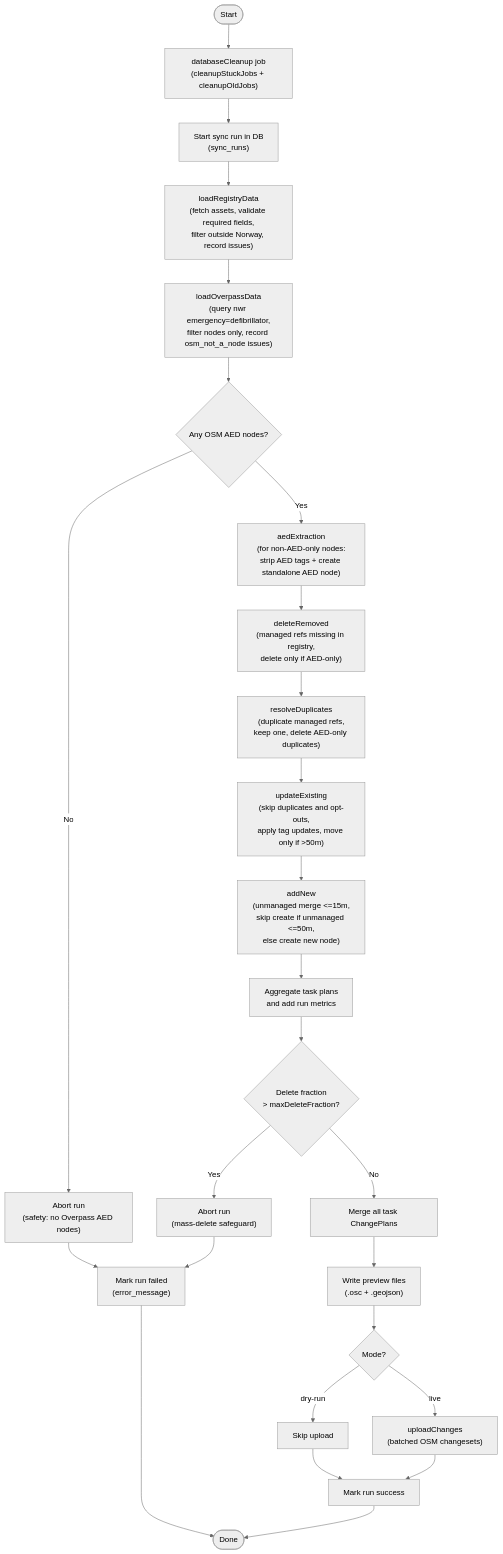
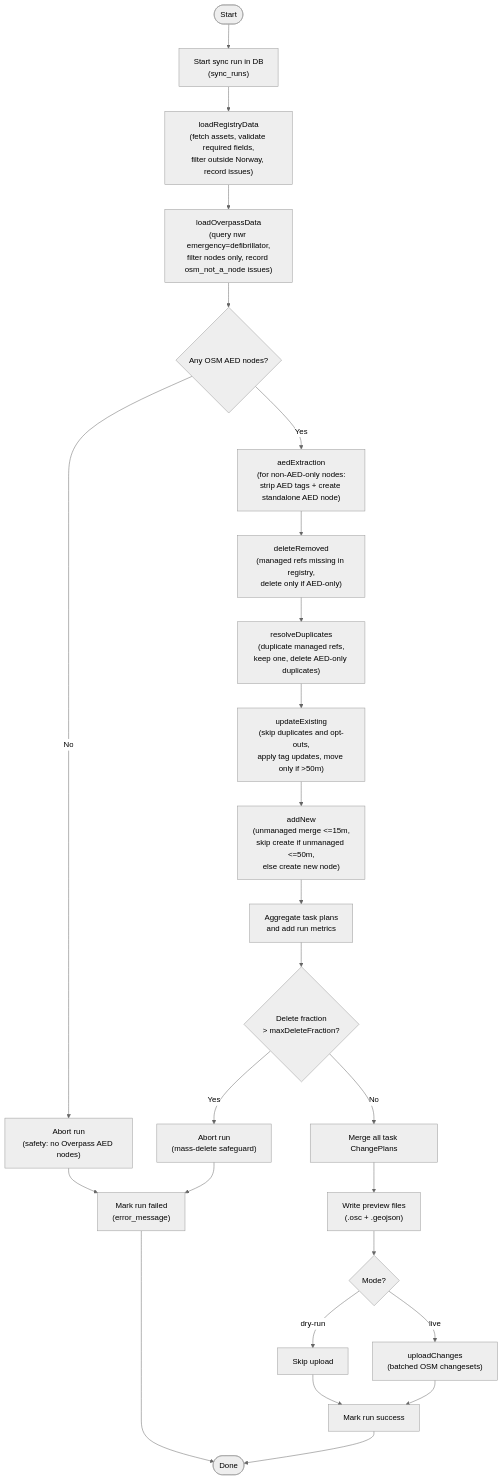
One commit to Johannes-Andersen/Hjertestarterregister2OSM changed the diagram in README.md. Above: the diagram before and after it, drawn with Mermaid (neutral theme). The commit also changed other lines of this file and 7 other files, not shown here.

````diff
--- a/README.md
+++ b/README.md
@@ -131,31 +138,30 @@
 ```mermaid
 flowchart TD
-    Start([Start]) --> Cleanup["databaseCleanup job<br/>(cleanupStuckJobs + cleanupOldJobs)"]
-    Cleanup --> InitRun["Start sync run in DB<br/>(sync_runs)"]
+    Start([Start]) --> InitRun["Start sync run in DB<br/>(sync_runs)"]
     InitRun --> LoadReg["loadRegistryData<br/>(fetch assets, validate required fields,<br/>filter outside Norway, record issues)"]
     LoadReg --> LoadOSM["loadOverpassData<br/>(query nwr emergency=defibrillator,<br/>filter nodes only, record osm_not_a_node issues)"]
     LoadOSM --> HasOverpass{"Any OSM AED nodes?"}
     HasOverpass -->|No| AbortNoOverpass["Abort run<br/>(safety: no Overpass AED nodes)"]
     HasOverpass -->|Yes| Extract["aedExtraction<br/>(for non-AED-only nodes:<br/>strip AED tags + create standalone AED node)"]
 
     Extract --> DeleteRemoved["deleteRemoved<br/>(managed refs missing in registry,<br/>delete only if AED-only)"]
     DeleteRemoved --> ResolveDup["resolveDuplicates<br/>(duplicate managed refs,<br/>keep one, delete AED-only duplicates)"]
     ResolveDup --> Update["updateExisting<br/>(skip duplicates and opt-outs,<br/>apply tag updates, move only if >50m)"]
     Update --> Add["addNew<br/>(unmanaged merge <=15m,<br/>skip create if unmanaged <=50m,<br/>else create new node)"]
 
     Add --> Metrics["Aggregate task plans<br/>and add run metrics"]
     Metrics --> DeleteGuard{"Delete fraction<br/>> maxDeleteFraction?"}
     DeleteGuard -->|Yes| AbortDelete["Abort run<br/>(mass-delete safeguard)"]
     DeleteGuard -->|No| Merge["Merge all task ChangePlans"]
     Merge --> Write["Write preview files<br/>(.osc + .geojson)"]
     Write --> Mode{"Mode?"}
     Mode -->|dry-run| Dry["Skip upload"]
     Mode -->|live| Live["uploadChanges<br/>(batched OSM changesets)"]
 
     Dry --> Success["Mark run success"]
     Live --> Success
     AbortNoOverpass --> Failed["Mark run failed<br/>(error_message)"]
     AbortDelete --> Failed
     Success --> Done([Done])
     Failed --> Done
 ```
````
